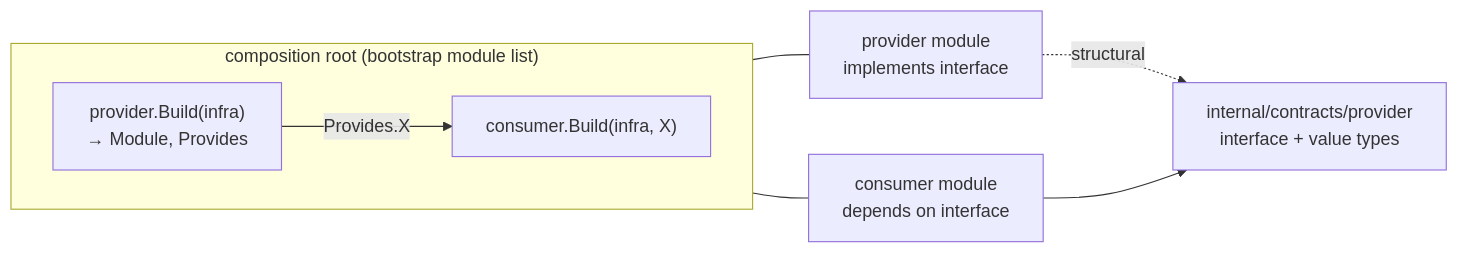
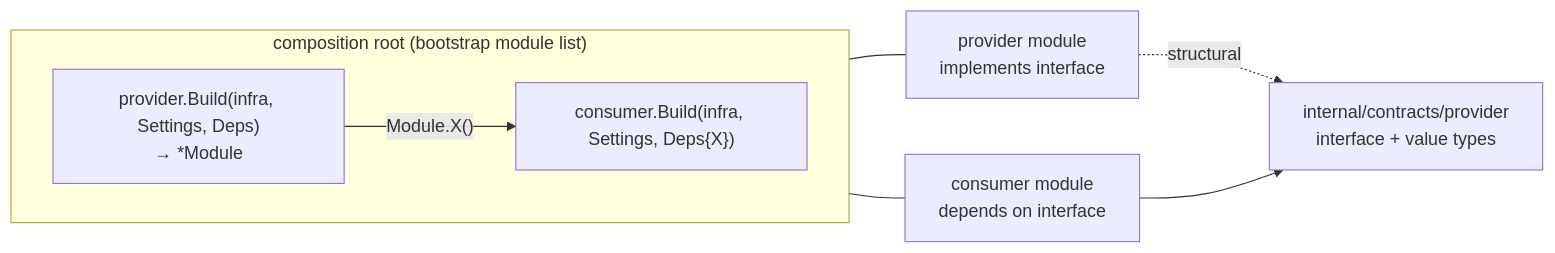
Before and after one commit to chuanghiduoc/fiber-golang-boilerplate: the fifth of 6 diagrams in docs/module-template.md, drawn with Mermaid. The commit also changed other lines of this file and 911 other files, not shown here.

````diff
--- a/docs/module-template.md
+++ b/docs/module-template.md
@@ -659,11 +665,11 @@
 ```mermaid
 flowchart LR
     subgraph Root["composition root (bootstrap module list)"]
         direction LR
-        PB["provider.Build(infra)<br/>→ Module, Provides"] -- "Provides.X" --> CB["consumer.Build(infra, X)"]
+        PB["provider.Build(infra, Settings, Deps)<br/>→ *Module"] -- "Module.X()" --> CB["consumer.Build(infra, Settings, Deps{X})"]
     end
     P["provider module<br/>implements interface"] -. structural .-> I["internal/contracts/provider<br/>interface + value types"]
     C["consumer module<br/>depends on interface"] --> I
     PB --- P
     CB --- C
 ```
````
